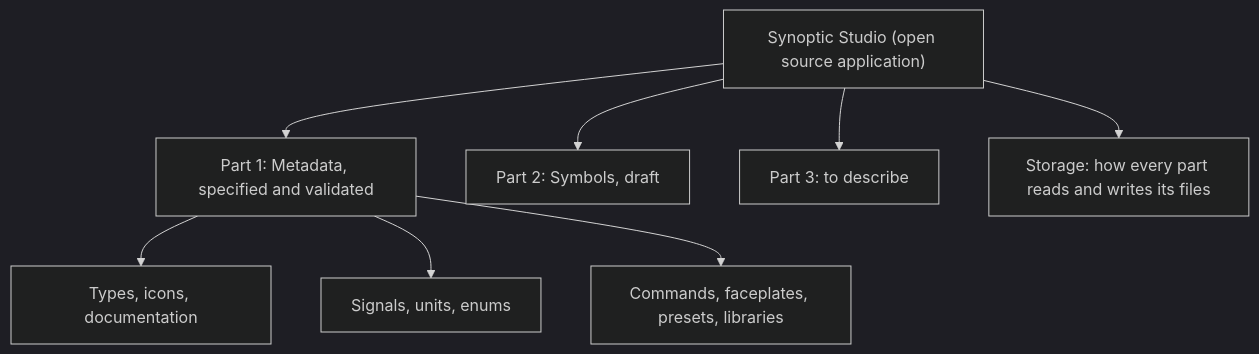
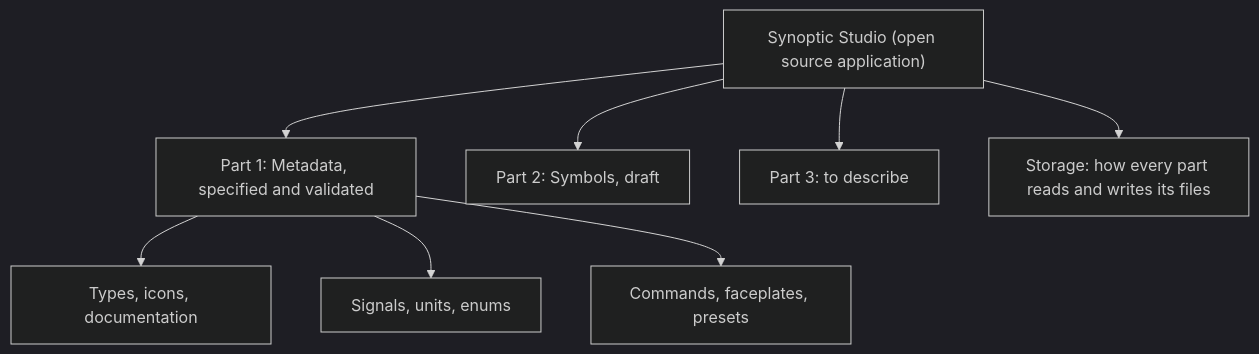
The second of 2 diagrams in README.md (AlexandreGallais/synoptic-studio-spec), drawn with Mermaid (dark theme) before and after one commit. The commit also changed other lines of this file and 20 other files, not shown here.

````diff
--- a/README.md
+++ b/README.md
@@ -30,11 +30,11 @@
 ```mermaid
 flowchart TD
     APP["Synoptic Studio (open source application)"]
     APP --> MD["Part 1: Metadata, specified and validated"]
     APP --> P2["Part 2: Symbols, draft"]
     APP --> P3["Part 3: to describe"]
     APP --> ST["Storage: how every part reads and writes its files"]
     MD --> MD1["Types, icons, documentation"]
     MD --> MD2["Signals, units, enums"]
-    MD --> MD3["Commands, faceplates, presets, libraries"]
+    MD --> MD3["Commands, faceplates, presets"]
 ```
````
